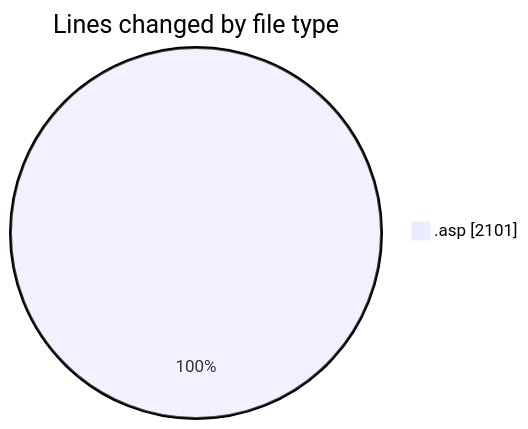
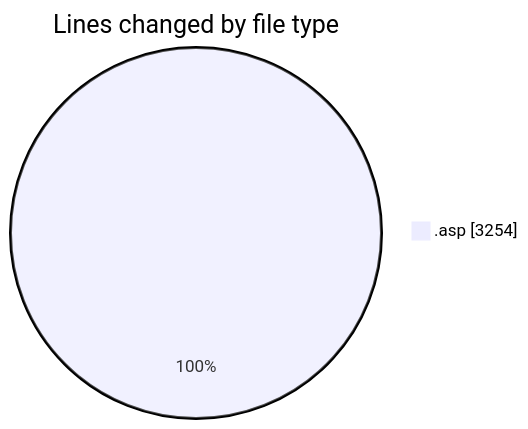
The first of 2 diagrams in 2025-11-11/cdp_aleoudev_fr__workspace_/README.md (julien-gomy/code-tracking), drawn with Mermaid before and after one commit. The commit also changed other lines of this file and 1 other file, not shown here.

````diff
--- a/2025-11-11/cdp_aleoudev_fr__workspace_/README.md
+++ b/2025-11-11/cdp_aleoudev_fr__workspace_/README.md
@@ -21,5 +22,5 @@
 ```mermaid
 pie showData
 title Lines changed by file type
-".asp" : 2101
+".asp" : 3254
 ```
````
